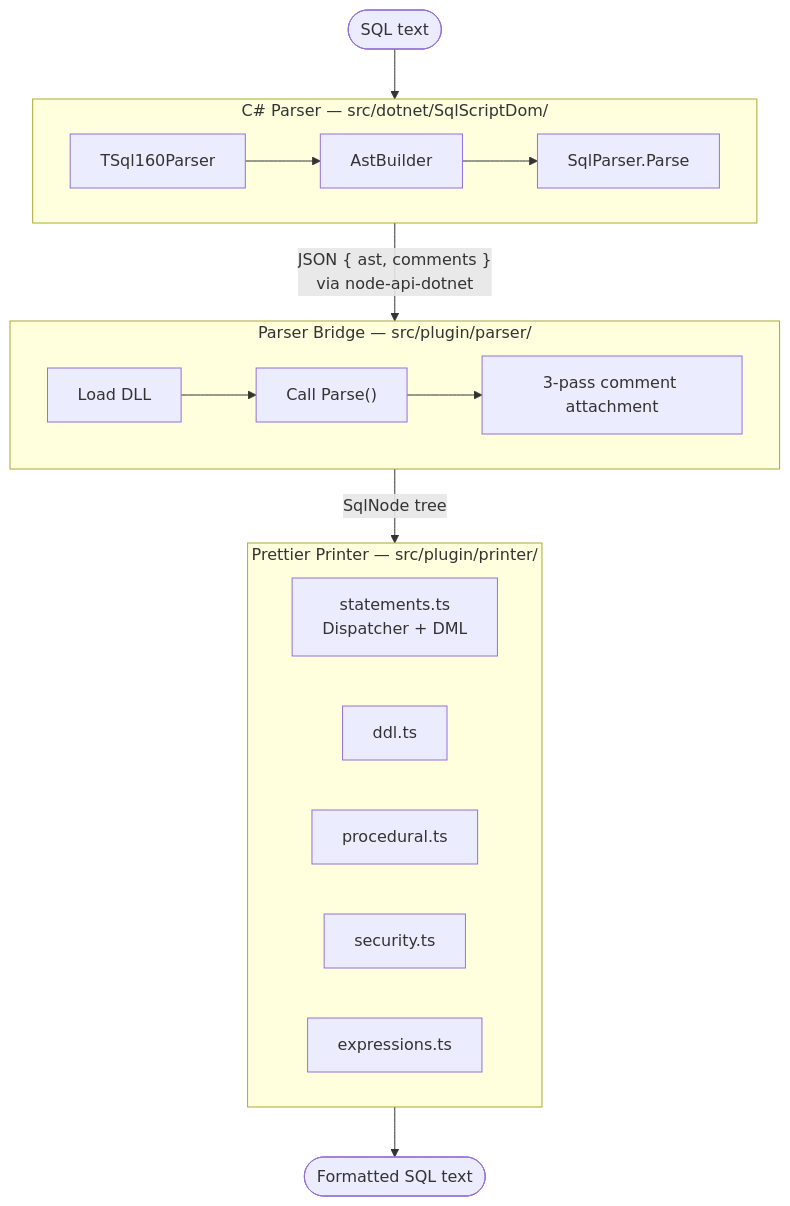
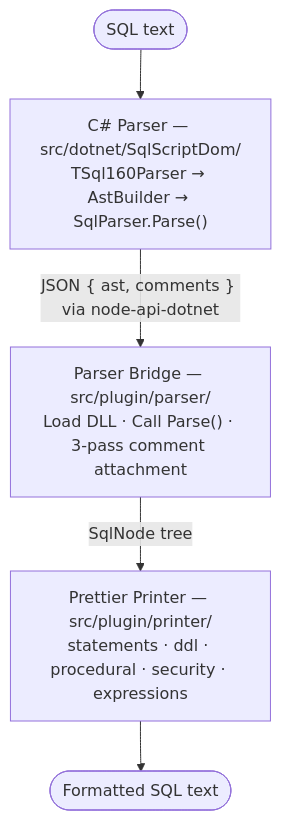
The diagram in docs/architecture.md (schallm/prettier-plugin-tsql), drawn with Mermaid before and after one commit. The commit also changed other lines of this file, not shown here.

Commit message:
docs: fix architecture overview diagram — remove subgraphs, use plain nodes with br labels
Subgraph titles were overlapping node content. Replace with simple rectangular
nodes using <br/> for multiline text; also update printer files table and
project tree to reflect the ddl/procedural/security module split.

````diff
--- a/docs/architecture.md
+++ b/docs/architecture.md
@@ -11,29 +11,10 @@
 ```mermaid
 flowchart TD
-    input([SQL text])
-    input --> parser
-
-    subgraph parser["C# Parser — src/dotnet/SqlScriptDom/"]
-        P1[TSql160Parser] --> P2[AstBuilder]
-        P2 --> P3[SqlParser.Parse]
-    end
-
-    parser -->|"JSON { ast, comments }\nvia node-api-dotnet"| bridge
-
-    subgraph bridge["Parser Bridge — src/plugin/parser/"]
-        B1[Load DLL] --> B2["Call Parse()"]
-        B2 --> B3[3-pass comment attachment]
-    end
-
-    bridge -->|SqlNode tree| printer
-
-    subgraph printer["Prettier Printer — src/plugin/printer/"]
-        PR1[statements.ts\nDispatcher + DML]
-        PR2[ddl.ts]
-        PR3[procedural.ts]
-        PR4[security.ts]
-        PR5[expressions.ts]
-    end
-
-    printer --> output([Formatted SQL text])
+    A([SQL text])
+    A --> B["C# Parser — src/dotnet/SqlScriptDom/<br/>TSql160Parser → AstBuilder → SqlParser.Parse()"]
+    B -->|"JSON { ast, comments } via node-api-dotnet"| C
+    C["Parser Bridge — src/plugin/parser/<br/>Load DLL · Call Parse() · 3-pass comment attachment"]
+    C -->|SqlNode tree| D
+    D["Prettier Printer — src/plugin/printer/<br/>statements · ddl · procedural · security · expressions"]
+    D --> E([Formatted SQL text])
 ```
````
